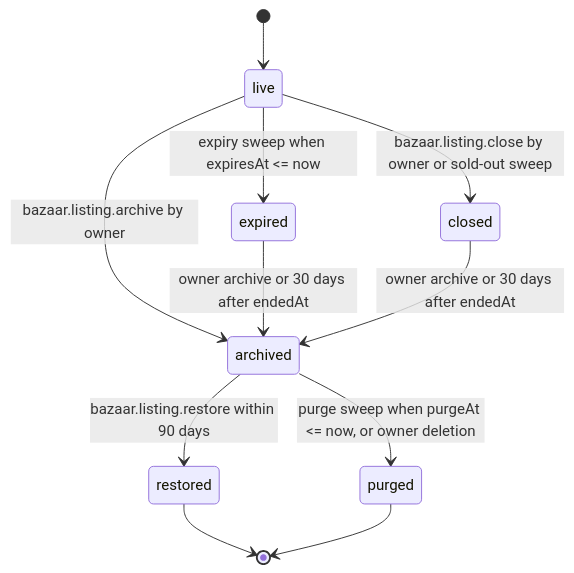
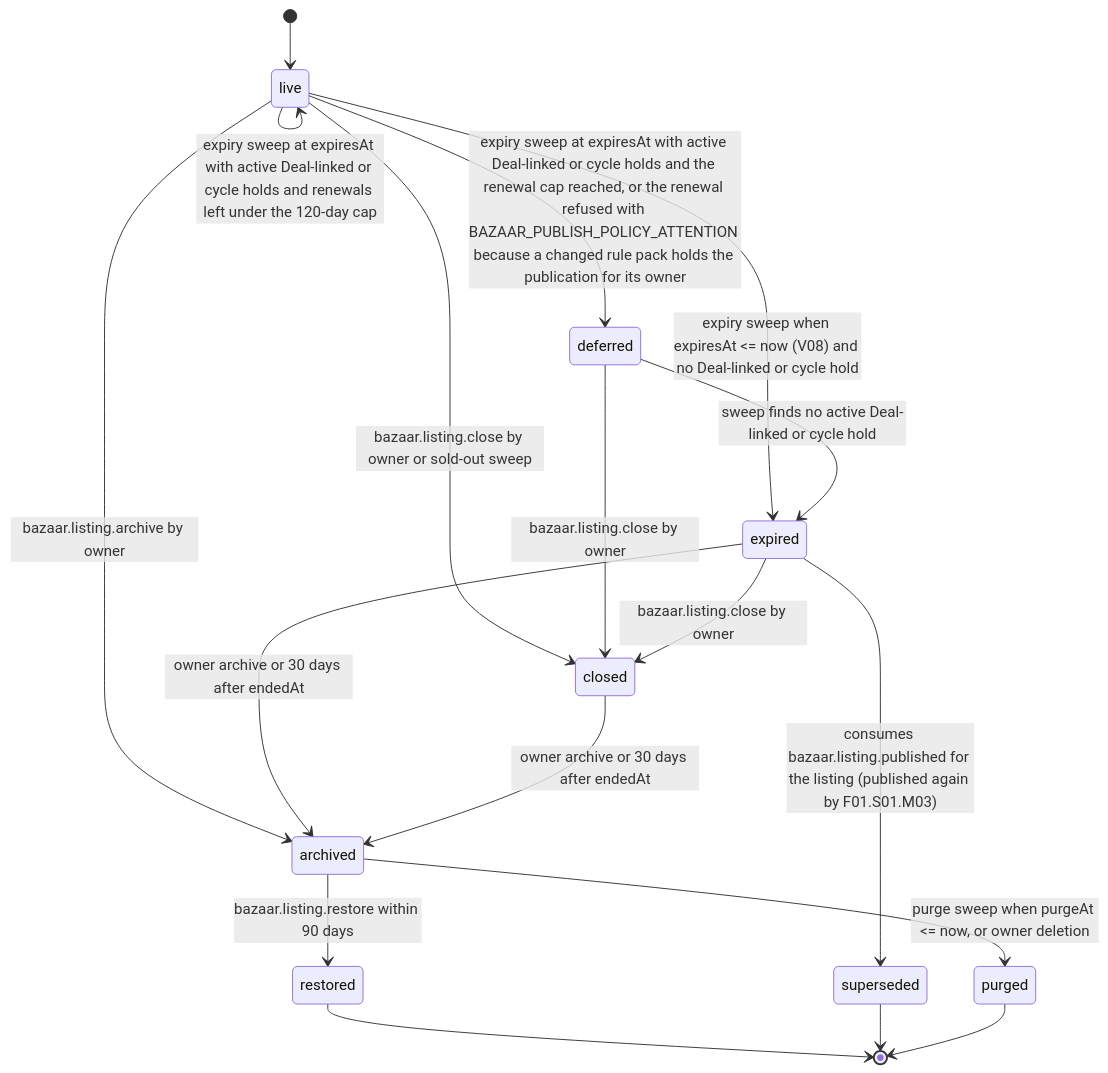
The diagram in 01_LocalBazaar/01_listings/mod_archive/workflow_state_machine.md (djshellshoxxx/CLASSifiedisRUPTed), drawn with Mermaid before and after one commit. The commit also changed other lines of this file and 1935 other files, not shown here.

````diff
--- a/01_LocalBazaar/01_listings/mod_archive/workflow_state_machine.md
+++ b/01_LocalBazaar/01_listings/mod_archive/workflow_state_machine.md
@@ -29,13 +37,20 @@
 ```mermaid
 stateDiagram-v2
   [*] --> live
-  live --> expired: expiry sweep when expiresAt <= now
+  live --> live: expiry sweep at expiresAt with active Deal-linked or cycle holds and renewals left under the 120-day cap
+  live --> deferred: expiry sweep at expiresAt with active Deal-linked or cycle holds and the renewal cap reached, or the renewal refused with BAZAAR_PUBLISH_POLICY_ATTENTION because a changed rule pack holds the publication for its owner
+  live --> expired: expiry sweep when expiresAt <= now (V08) and no Deal-linked or cycle hold
   live --> closed: bazaar.listing.close by owner or sold-out sweep
   live --> archived: bazaar.listing.archive by owner
+  deferred --> expired: sweep finds no active Deal-linked or cycle hold
+  deferred --> closed: bazaar.listing.close by owner
+  expired --> closed: bazaar.listing.close by owner
+  expired --> superseded: consumes bazaar.listing.published for the listing (published again by F01.S01.M03)
   expired --> archived: owner archive or 30 days after endedAt
   closed --> archived: owner archive or 30 days after endedAt
   archived --> restored: bazaar.listing.restore within 90 days
   archived --> purged: purge sweep when purgeAt <= now, or owner deletion
   restored --> [*]
+  superseded --> [*]
   purged --> [*]
 ```
````
